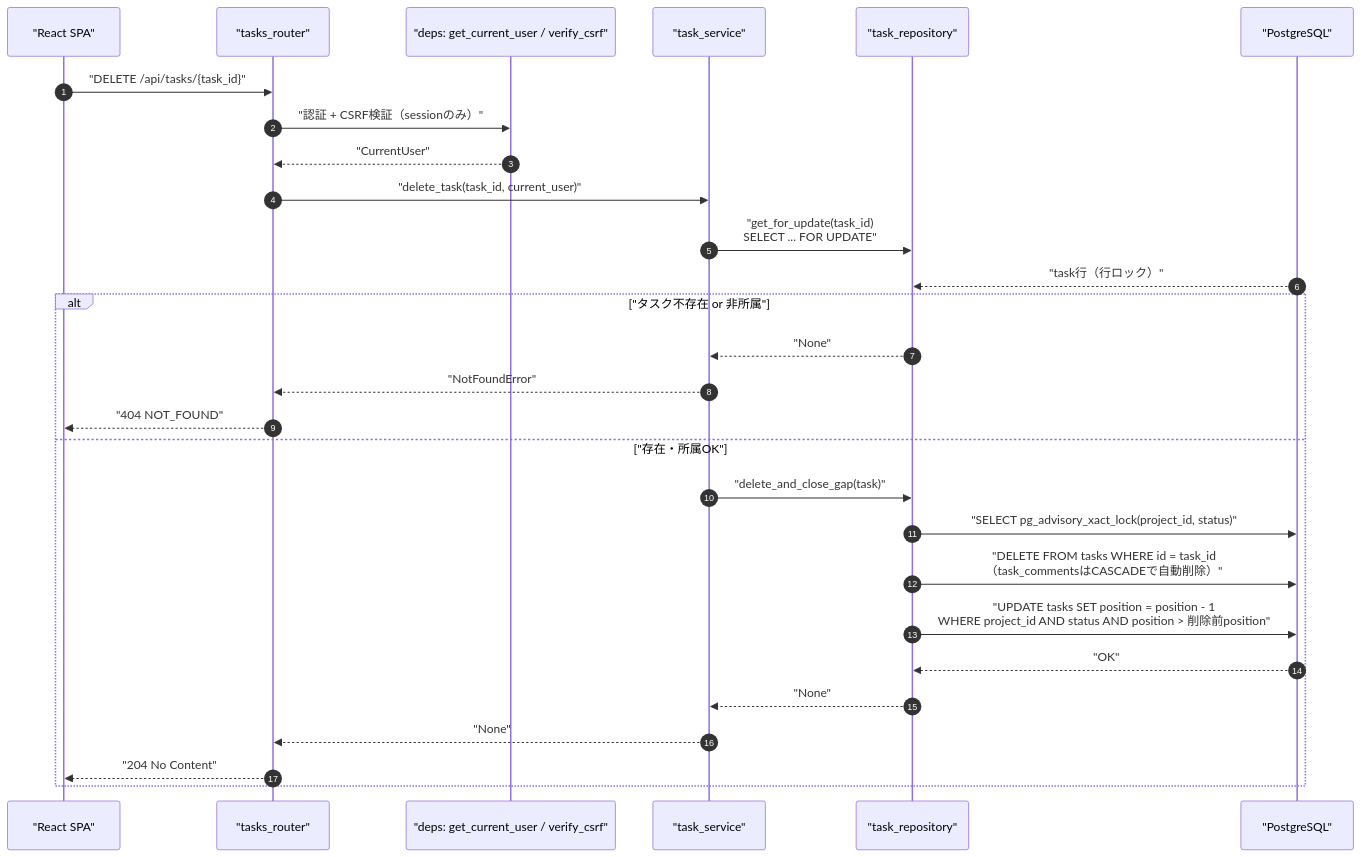
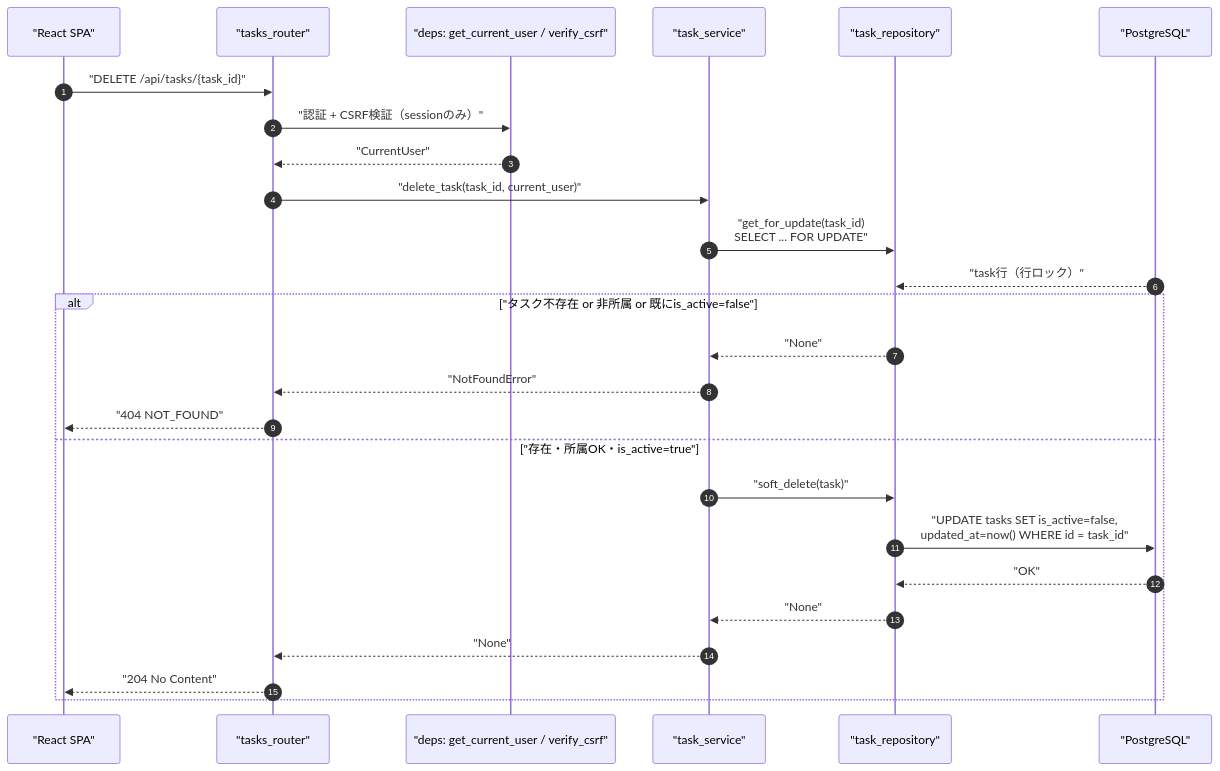
One commit to oikawa-d/task_management changed the first of 4 diagrams in detailed_design/api/tasks/05_delete_task.md. Above: the diagram before and after it, drawn with Mermaid. The commit also changed other lines of this file and 25 other files, not shown here.

````diff
--- a/detailed_design/api/tasks/05_delete_task.md
+++ b/detailed_design/api/tasks/05_delete_task.md
@@ -63,31 +65,29 @@
 ```mermaid
 sequenceDiagram
     autonumber
     participant FE as "React SPA"
     participant R as "tasks_router"
     participant D as "deps: get_current_user / verify_csrf"
     participant S as "task_service"
     participant TR as "task_repository"
     participant PG as "PostgreSQL"
 
     FE->>R: "DELETE /api/tasks/{task_id}"
     R->>D: "認証 + CSRF検証（sessionのみ）"
     D-->>R: "CurrentUser"
     R->>S: "delete_task(task_id, current_user)"
     S->>TR: "get_for_update(task_id)<br/>SELECT ... FOR UPDATE"
     PG-->>TR: "task行（行ロック）"
-    alt "タスク不存在 or 非所属"
+    alt "タスク不存在 or 非所属 or 既にis_active=false"
         TR-->>S: "None"
         S-->>R: "NotFoundError"
         R-->>FE: "404 NOT_FOUND"
-    else "存在・所属OK"
-        S->>TR: "delete_and_close_gap(task)"
-        TR->>PG: "SELECT pg_advisory_xact_lock(project_id, status)"
-        TR->>PG: "DELETE FROM tasks WHERE id = task_id<br/>（task_commentsはCASCADEで自動削除）"
-        TR->>PG: "UPDATE tasks SET position = position - 1<br/>WHERE project_id AND status AND position > 削除前position"
+    else "存在・所属OK・is_active=true"
+        S->>TR: "soft_delete(task)"
+        TR->>PG: "UPDATE tasks SET is_active=false,<br/>updated_at=now() WHERE id = task_id"
         PG-->>TR: "OK"
         TR-->>S: "None"
         S-->>R: "None"
         R-->>FE: "204 No Content"
     end
 ```
````
